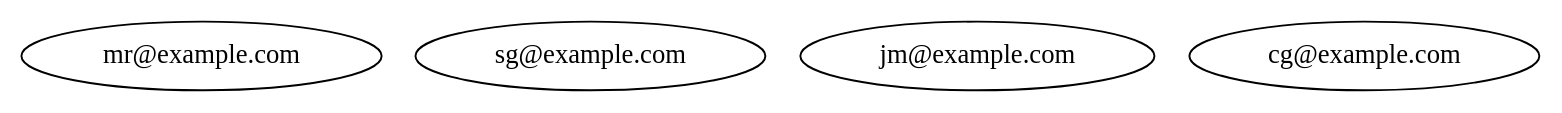
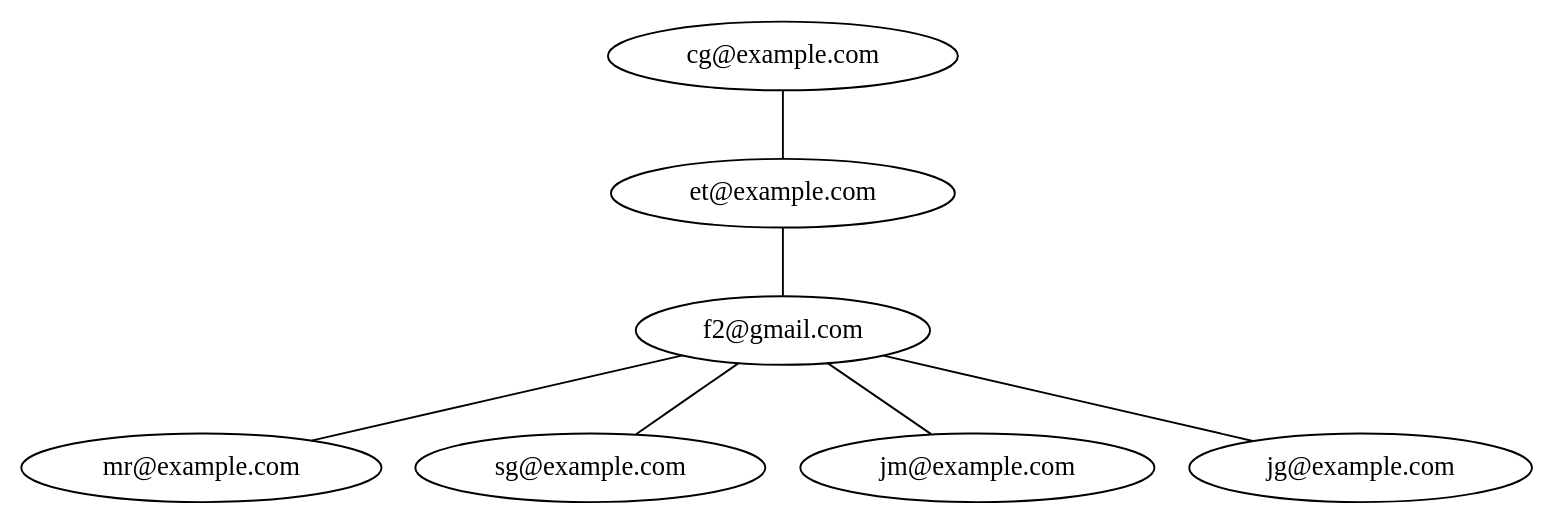
Before and after one commit to Kevin-alvarez1/PROYECTO_MULTIFASES_RED_SOCIAL: the diagram in Fase3/main/build/Desktop_Qt_6_7_2_MinGW_64_bit-Debug/grafo.dot, drawn with Graphviz. The commit also changed 70 other files, not shown here.

```diff
--- a/Fase3/main/build/Desktop_Qt_6_7_2_MinGW_64_bit-Debug/grafo.dot
+++ b/Fase3/main/build/Desktop_Qt_6_7_2_MinGW_64_bit-Debug/grafo.dot
@@ -1,6 +1,15 @@
 digraph G {
 "mr@example.com"[label="mr@example.com"];
+"f2@gmail.com"[label="f2@gmail.com"];
+"f2@gmail.com" -> "mr@example.com"[dir=none];
+"f2@gmail.com" -> "sg@example.com"[dir=none];
+"f2@gmail.com" -> "jm@example.com"[dir=none];
+"f2@gmail.com" -> "jg@example.com"[dir=none];
 "sg@example.com"[label="sg@example.com"];
 "jm@example.com"[label="jm@example.com"];
+"jg@example.com"[label="jg@example.com"];
+"et@example.com"[label="et@example.com"];
+"et@example.com" -> "f2@gmail.com"[dir=none];
 "cg@example.com"[label="cg@example.com"];
+"cg@example.com" -> "et@example.com"[dir=none];
 }
```
